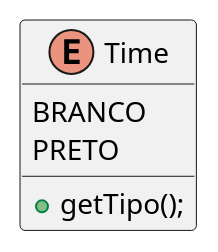
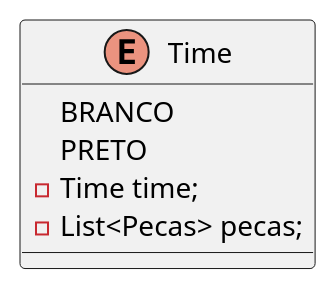
One commit to 20242-ifba-saj-ads-ppr/framework-equipe5 changed the diagram in src/frameworkJogoDeTabuleiro/model/multiton/time/estruturaTime.puml. Above: the diagram before and after it, drawn with PlantUML.

Commit message:
Atualizações:
*Atualiza a enumeração Time para incluir atributos privados time e pecas

```diff
--- a/src/frameworkJogoDeTabuleiro/model/multiton/time/estruturaTime.puml
+++ b/src/frameworkJogoDeTabuleiro/model/multiton/time/estruturaTime.puml
@@ -1,12 +1,12 @@
 @startuml
 
 skinparam linetype ortho 
 
 enum Time {
     BRANCO
     PRETO
-
-    + getTipo();
+    - Time time;
+    - List<Pecas> pecas;
 }
 
 @enduml
```
